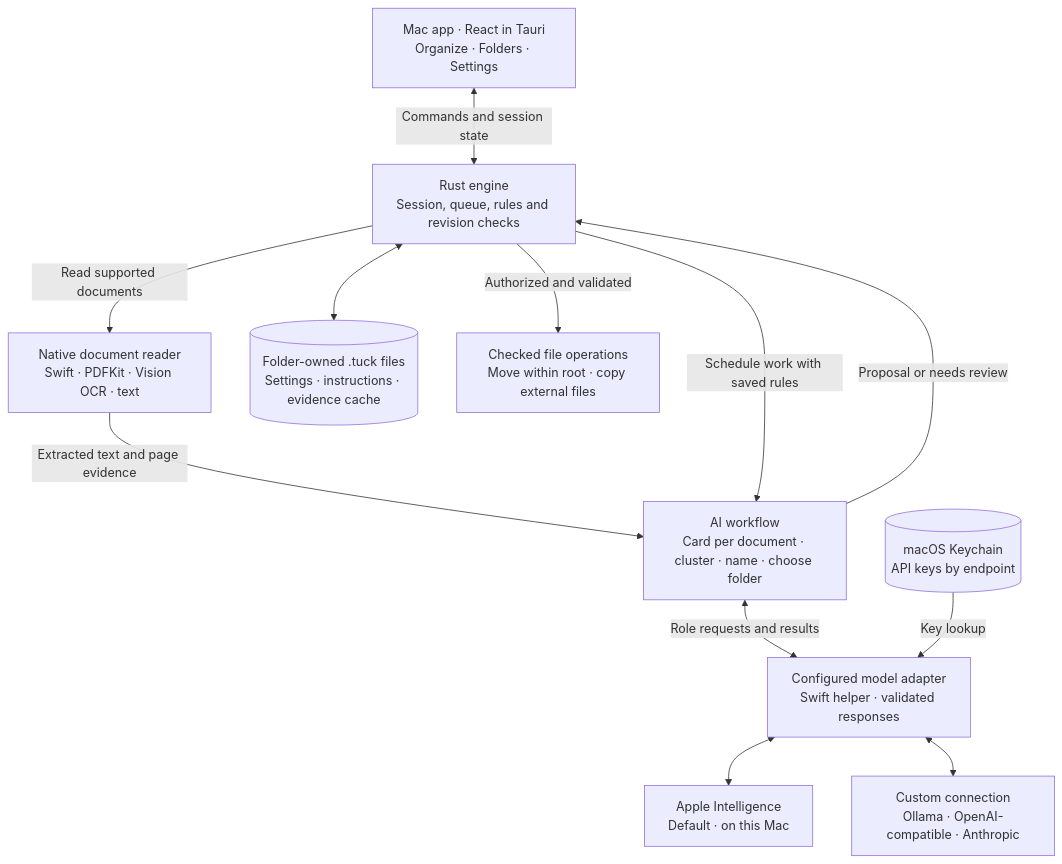
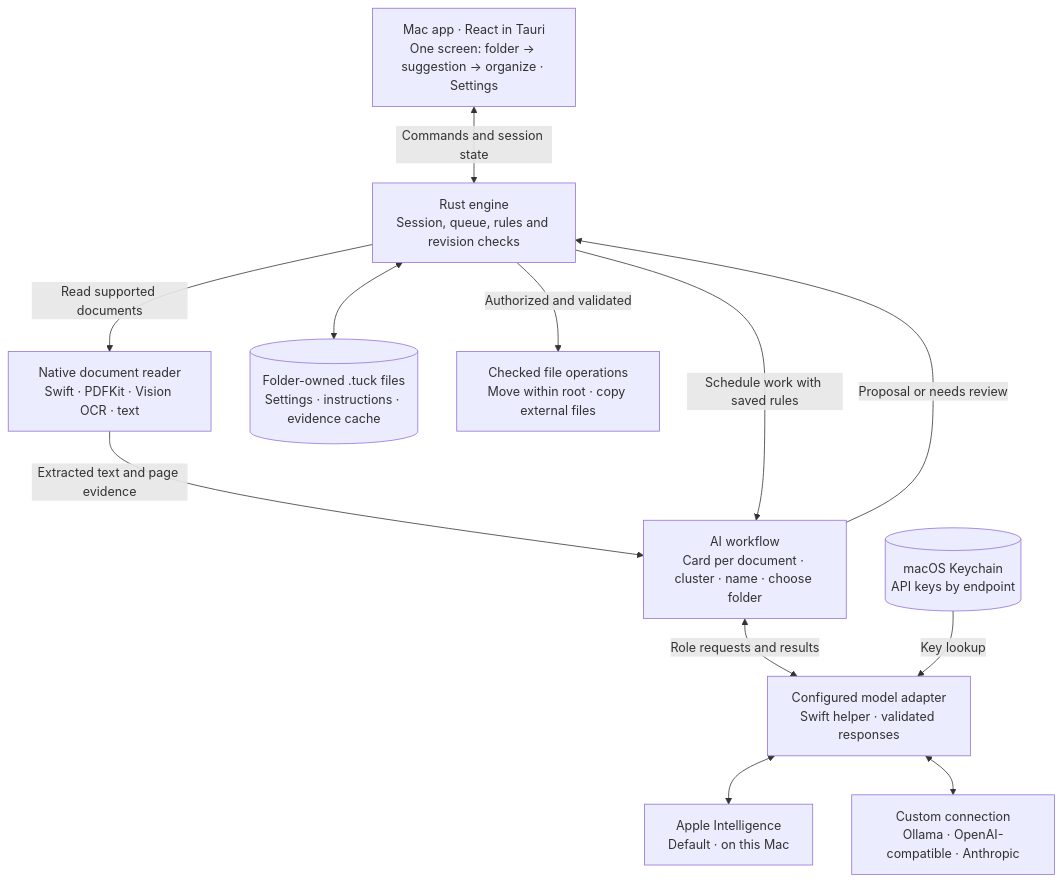
One commit to Haffaz/tuck changed the first of 2 diagrams in docs/architecture.md. Above: the diagram before and after it, drawn with Mermaid. The commit also changed other lines of this file and 57 other files, not shown here.

First line of the commit message:
feat: one-screen UI, playful look and file clues

````diff
--- a/docs/architecture.md
+++ b/docs/architecture.md
@@ -9,24 +9,24 @@
 ```mermaid
 flowchart TD
-    UI["Mac app · React in Tauri<br/>Organize · Folders · Settings"]
+    UI["Mac app · React in Tauri<br/>One screen: folder → suggestion → organize · Settings"]
     CORE["Rust engine<br/>Session, queue, rules and revision checks"]
     EXTRACT["Native document reader<br/>Swift · PDFKit · Vision OCR · text"]
     AI["AI workflow<br/>Card per document · cluster · name · choose folder"]
     SELECT["Configured model adapter<br/>Swift helper · validated responses"]
     APPLE["Apple Intelligence<br/>Default · on this Mac"]
     CUSTOM["Custom connection<br/>Ollama · OpenAI-compatible · Anthropic"]
     STORE[("Folder-owned .tuck files<br/>Settings · instructions · evidence cache")]
     KEYS[("macOS Keychain<br/>API keys by endpoint")]
     FILES["Checked file operations<br/>Move within root · copy external files"]
     UI <-->|"Commands and session state"| CORE
     CORE -->|"Read supported documents"| EXTRACT
     EXTRACT -->|"Extracted text and page evidence"| AI
     CORE -->|"Schedule work with saved rules"| AI
     AI <-->|"Role requests and results"| SELECT
     SELECT <--> APPLE
     SELECT <--> CUSTOM
     KEYS -->|"Key lookup"| SELECT
     CORE <--> STORE
     AI -->|"Proposal or needs review"| CORE
     CORE -->|"Authorized and validated"| FILES
 ```
````
